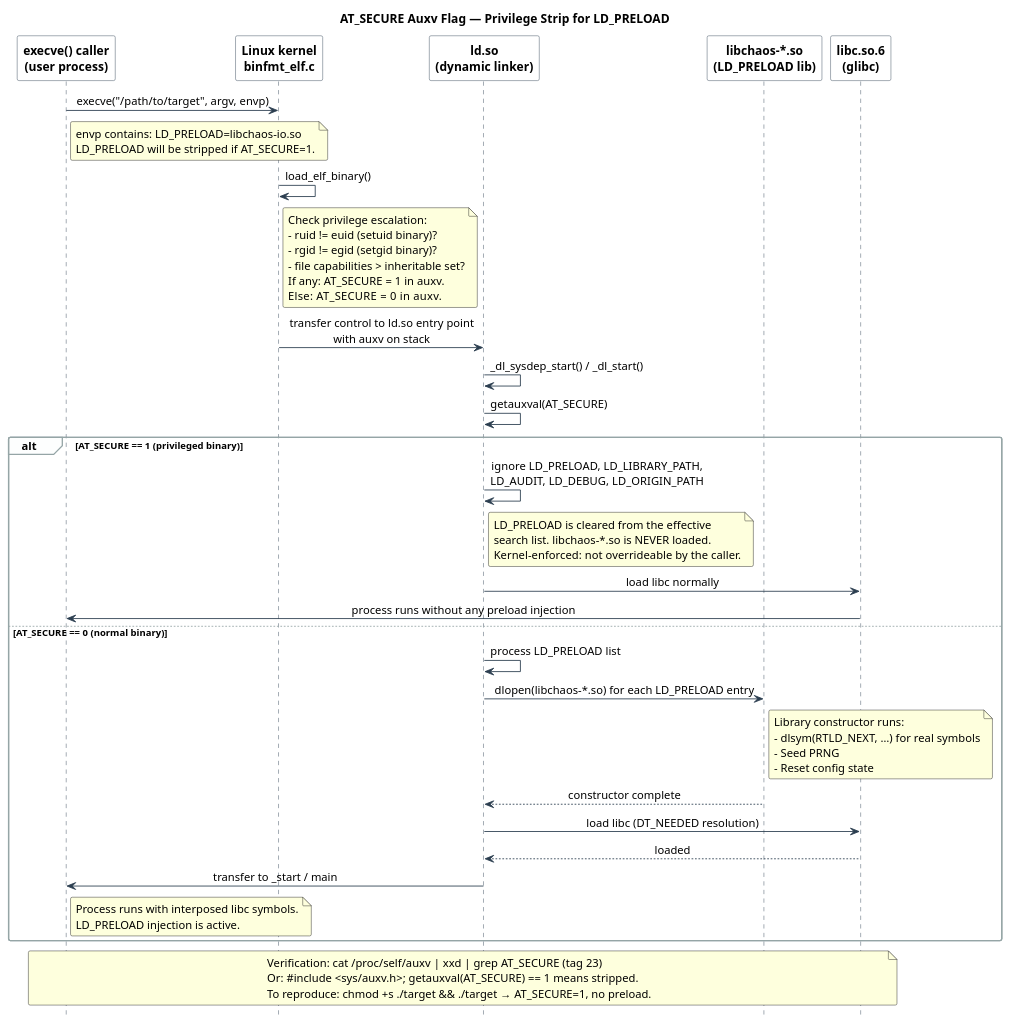
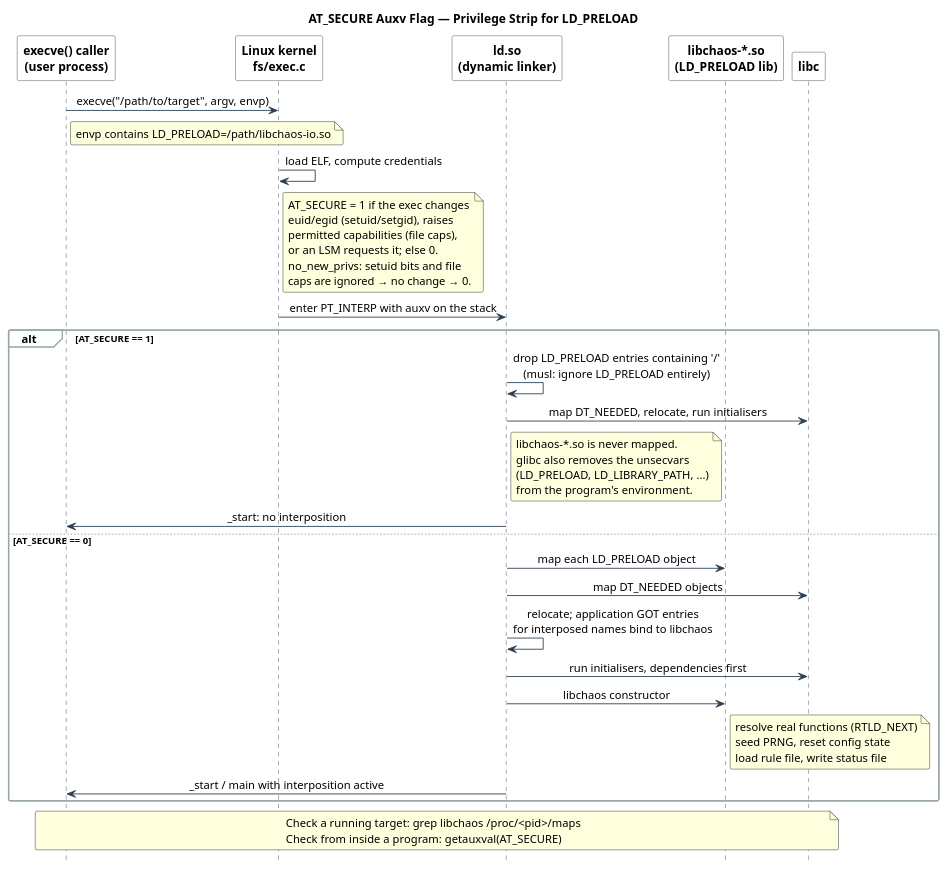
The diagram in docs/SAFETY.md (macstab/macstab-chaos-testing-libraries), drawn with PlantUML before and after one commit. The commit also changed other lines of this file and 14 other files, not shown here.

Commit message:
docs: rewrite architecture, safety, platform and engineering docs; redraw diagrams

````diff
--- a/docs/SAFETY.md
+++ b/docs/SAFETY.md
@@ -92,82 +113,73 @@
 ```plantuml
 @startuml atsecure
 title AT_SECURE Auxv Flag — Privilege Strip for LD_PRELOAD
 
 skinparam sequenceMessageAlign center
 skinparam shadowing false
 skinparam roundCorner 4
 skinparam sequence {
   ArrowColor                 #2C3E50
   LifeLineBorderColor        #2C3E50
   LifeLineBackgroundColor    #ECF0F1
   ParticipantBorderColor     #2C3E50
   ParticipantBackgroundColor #FFFFFF
   ParticipantFontStyle       bold
   GroupBackgroundColor       #FDFEFE
   GroupBorderColor           #95A5A6
 }
 hide footbox
 
 participant "execve() caller\n(user process)" as Caller
-participant "Linux kernel\nbinfmt_elf.c"      as Kernel
+participant "Linux kernel\nfs/exec.c"           as Kernel
 participant "ld.so\n(dynamic linker)"          as Ldso
 participant "libchaos-*.so\n(LD_PRELOAD lib)"  as Chaos
-participant "libc.so.6\n(glibc)"               as Libc
+participant "libc"                             as Libc
 
 Caller -> Kernel : execve("/path/to/target", argv, envp)
 note right of Caller
-  envp contains: LD_PRELOAD=libchaos-io.so
-  LD_PRELOAD will be stripped if AT_SECURE=1.
+  envp contains LD_PRELOAD=/path/libchaos-io.so
 end note
 
-Kernel -> Kernel : load_elf_binary()
+Kernel -> Kernel : load ELF, compute credentials
 note right of Kernel
-  Check privilege escalation:
-  - ruid != euid (setuid binary)?
-  - rgid != egid (setgid binary)?
-  - file capabilities > inheritable set?
-  If any: AT_SECURE = 1 in auxv.
-  Else:   AT_SECURE = 0 in auxv.
+  AT_SECURE = 1 if the exec changes
+  euid/egid (setuid/setgid), raises
+  permitted capabilities (file caps),
+  or an LSM requests it; else 0.
+  no_new_privs: setuid bits and file
+  caps are ignored → no change → 0.
 end note
 
-Kernel -> Ldso : transfer control to ld.so entry point\nwith auxv on stack
+Kernel -> Ldso : enter PT_INTERP with auxv on the stack
 
-Ldso -> Ldso : _dl_sysdep_start() / _dl_start()
-Ldso -> Ldso : getauxval(AT_SECURE)
-
-alt AT_SECURE == 1 (privileged binary)
-  Ldso -> Ldso : ignore LD_PRELOAD, LD_LIBRARY_PATH,\nLD_AUDIT, LD_DEBUG, LD_ORIGIN_PATH
+alt AT_SECURE == 1
+  Ldso -> Ldso : drop LD_PRELOAD entries containing '/'\n(musl: ignore LD_PRELOAD entirely)
+  Ldso -> Libc : map DT_NEEDED, relocate, run initialisers
   note right of Ldso
-    LD_PRELOAD is cleared from the effective
-    search list. libchaos-*.so is NEVER loaded.
-    Kernel-enforced: not overrideable by the caller.
+    libchaos-*.so is never mapped.
+    glibc also removes the unsecvars
+    (LD_PRELOAD, LD_LIBRARY_PATH, ...)
+    from the program's environment.
   end note
-  Ldso -> Libc : load libc normally
-  Libc -> Caller : process runs without any preload injection
-else AT_SECURE == 0 (normal binary)
-  Ldso -> Ldso : process LD_PRELOAD list
-  Ldso -> Chaos : dlopen(libchaos-*.so) for each LD_PRELOAD entry
+  Ldso -> Caller : _start: no interposition
+else AT_SECURE == 0
+  Ldso -> Chaos : map each LD_PRELOAD object
+  Ldso -> Libc : map DT_NEEDED objects
+  Ldso -> Ldso : relocate; application GOT entries\nfor interposed names bind to libchaos
+  Ldso -> Libc : run initialisers, dependencies first
+  Ldso -> Chaos : libchaos constructor
   note right of Chaos
-    Library constructor runs:
-    - dlsym(RTLD_NEXT, …) for real symbols
-    - Seed PRNG
-    - Reset config state
+    resolve real functions (RTLD_NEXT)
+    seed PRNG, reset config state
+    load rule file, write status file
   end note
-  Chaos --> Ldso : constructor complete
-  Ldso -> Libc : load libc (DT_NEEDED resolution)
-  Libc --> Ldso : loaded
-  Ldso -> Caller : transfer to _start / main
-  note right of Caller
-    Process runs with interposed libc symbols.
-    LD_PRELOAD injection is active.
-  end note
+  Ldso -> Caller : _start / main with interposition active
 end
 
 note across
-  Verification: cat /proc/self/auxv | xxd | grep AT_SECURE (tag 23)
-  Or: #include <sys/auxv.h>; getauxval(AT_SECURE) == 1 means stripped.
-  To reproduce: chmod +s ./target && ./target → AT_SECURE=1, no preload.
+  Check a running target: grep libchaos /proc/<pid>/maps
+  Check from inside a program: getauxval(AT_SECURE)
 end note
 
 @enduml
 ```
````
